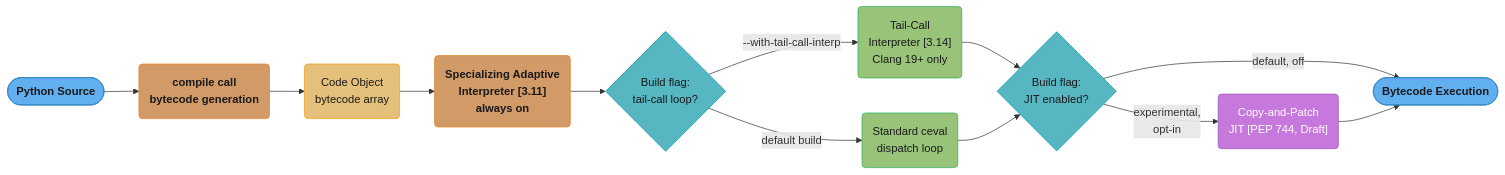
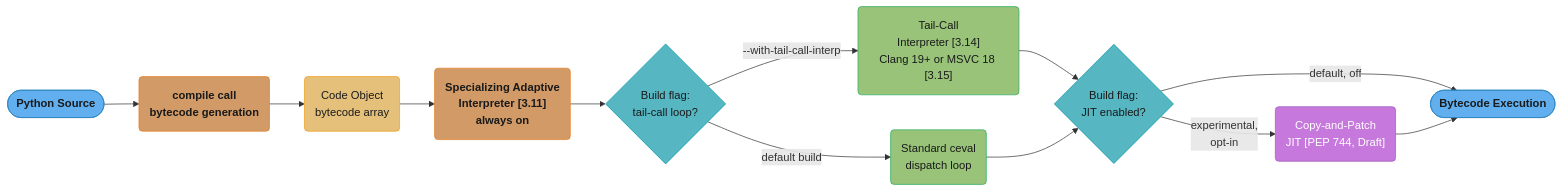
One commit to rppol/system-design changed the first of 3 diagrams in src/main/java/com/rutik/systemdesign/python/performance_and_profiling/the_modern_cpython_runtime.md. Above: the diagram before and after it, drawn with Mermaid. The commit also changed other lines of this file and 655 other files, not shown here.

````diff
--- a/src/main/java/com/rutik/systemdesign/python/performance_and_profiling/the_modern_cpython_runtime.md
+++ b/src/main/java/com/rutik/systemdesign/python/performance_and_profiling/the_modern_cpython_runtime.md
@@ -162,30 +170,30 @@
 ```mermaid
 flowchart LR
     classDef io      fill:#61afef,stroke:#2e86c1,color:#1a1a1a,font-weight:bold
     classDef frozen  fill:#c678dd,stroke:#9b59b6,color:#fff
     classDef train   fill:#98c379,stroke:#27ae60,color:#1a1a1a
     classDef mathOp  fill:#d19a66,stroke:#e67e22,color:#1a1a1a,font-weight:bold
     classDef lossN   fill:#e06c75,stroke:#c0392b,color:#fff,font-weight:bold
     classDef req     fill:#56b6c2,stroke:#0097a7,color:#1a1a1a
     classDef base    fill:#e5c07b,stroke:#f39c12,color:#1a1a1a
 
     Src(["Python Source"]) --> Compile("compile call<br/>bytecode generation")
     Compile --> Bytecode("Code Object<br/>bytecode array")
     Bytecode --> Adaptive("Specializing Adaptive<br/>Interpreter [3.11]<br/>always on")
     Adaptive --> TailChoice{"Build flag:<br/>tail-call loop?"}
-    TailChoice -->|"--with-tail-call-interp"| TailCall("Tail-Call<br/>Interpreter [3.14]<br/>Clang 19+ only")
+    TailChoice -->|"--with-tail-call-interp"| TailCall("Tail-Call<br/>Interpreter [3.14]<br/>Clang 19+ or MSVC 18 [3.15]")
     TailChoice -->|"default build"| StdLoop("Standard ceval<br/>dispatch loop")
     TailCall --> JITCheck{"Build flag:<br/>JIT enabled?"}
     StdLoop --> JITCheck
     JITCheck -->|"experimental,<br/>opt-in"| JIT("Copy-and-Patch<br/>JIT [PEP 744, Draft]")
     JITCheck -->|"default, off"| Exec(["Bytecode Execution"])
     JIT --> Exec
 
     class Src io
     class Compile,Adaptive mathOp
     class Bytecode base
     class TailChoice,JITCheck req
     class TailCall,StdLoop train
     class JIT frozen
     class Exec io
 ```
````
